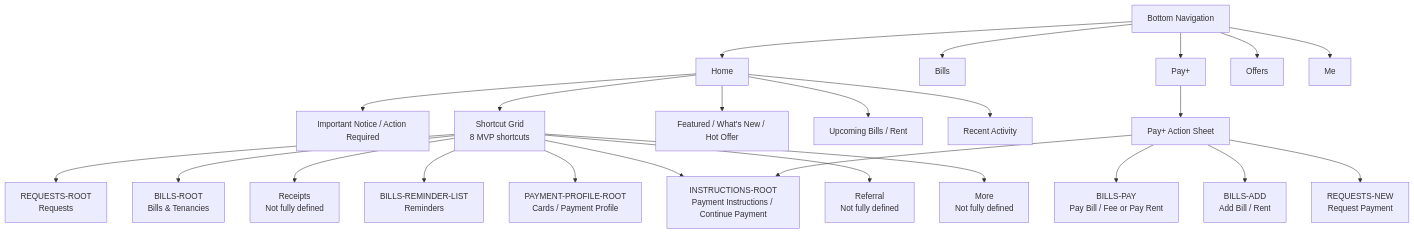
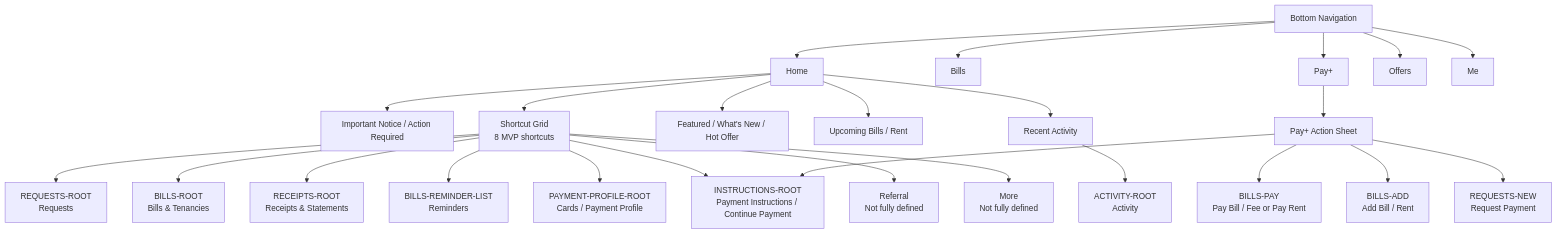
One commit to adminpayplus/payplus-docs changed the first of 6 diagrams in docs/diagrams/payplus-app-route-entry-map.md. Above: the diagram before and after it, drawn with Mermaid. The commit also changed other lines of this file and 5 other files, not shown here.

Commit message:
Define activity and receipts routes

````diff
--- a/docs/diagrams/payplus-app-route-entry-map.md
+++ b/docs/diagrams/payplus-app-route-entry-map.md
@@ -17,31 +17,33 @@
 ```mermaid
 flowchart TD
   NAV["Bottom Navigation"]
 
   NAV --> HOME["Home"]
   NAV --> BILLS["Bills"]
   NAV --> PAYPLUS["Pay+"]
   NAV --> OFFERS["Offers"]
   NAV --> ME["Me"]
 
   HOME --> HNOTICE["Important Notice / Action Required"]
   HOME --> HSHORTCUTS["Shortcut Grid<br/>8 MVP shortcuts"]
   HOME --> HFEATURED["Featured / What's New / Hot Offer"]
   HOME --> HUPCOMING["Upcoming Bills / Rent"]
   HOME --> HRECENT["Recent Activity"]
 
   PAYPLUS --> PACTIONS["Pay+ Action Sheet"]
   PACTIONS --> BPAY["BILLS-PAY<br/>Pay Bill / Fee or Pay Rent"]
   PACTIONS --> BADD["BILLS-ADD<br/>Add Bill / Rent"]
   PACTIONS --> INSTRUCTIONS["INSTRUCTIONS-ROOT<br/>Payment Instructions / Continue Payment"]
   PACTIONS --> RNEW["REQUESTS-NEW<br/>Request Payment"]
 
   HSHORTCUTS --> REQROOT["REQUESTS-ROOT<br/>Requests"]
   HSHORTCUTS --> INSTRUCTIONS
   HSHORTCUTS --> BROOT["BILLS-ROOT<br/>Bills & Tenancies"]
-  HSHORTCUTS --> RECEIPTS["Receipts<br/>Not fully defined"]
+  HSHORTCUTS --> RECEIPTS["RECEIPTS-ROOT<br/>Receipts & Statements"]
   HSHORTCUTS --> REMINDERS["BILLS-REMINDER-LIST<br/>Reminders"]
   HSHORTCUTS --> PPROOT["PAYMENT-PROFILE-ROOT<br/>Cards / Payment Profile"]
   HSHORTCUTS --> REFERRAL["Referral<br/>Not fully defined"]
   HSHORTCUTS --> MORE["More<br/>Not fully defined"]
+
+  HRECENT --> ACTIVITYROOT["ACTIVITY-ROOT<br/>Activity"]
 ```
````
